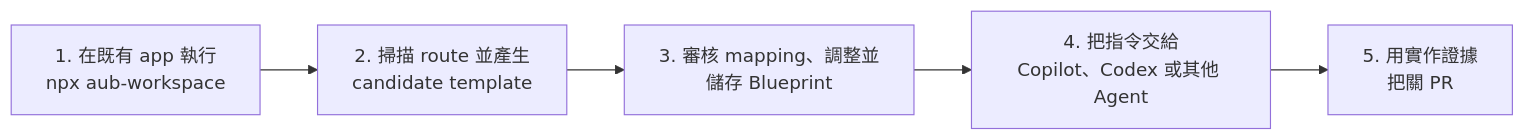
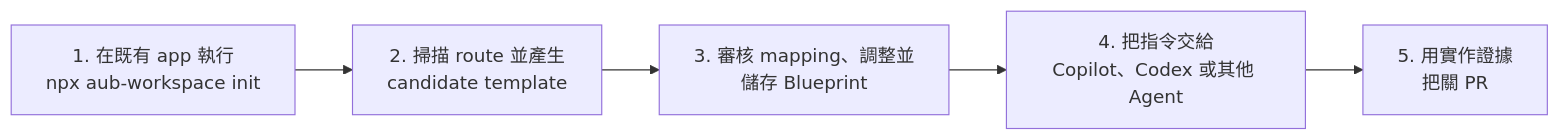
Before and after one commit to HenryLau1103/AUB: the diagram in README.zh-Hant.md, drawn with Mermaid. The commit also changed other lines of this file and 52 other files, not shown here.

````diff
--- a/README.zh-Hant.md
+++ b/README.zh-Hant.md
@@ -28,7 +28,7 @@
 ```mermaid
 flowchart LR
-  A["1. 在既有 app 執行<br/>npx aub-workspace"] --> B["2. 掃描 route 並產生<br/>candidate template"]
+  A["1. 在既有 app 執行<br/>npx aub-workspace init"] --> B["2. 掃描 route 並產生<br/>candidate template"]
   B --> C["3. 審核 mapping、調整並<br/>儲存 Blueprint"]
   C --> D["4. 把指令交給<br/>Copilot、Codex 或其他 Agent"]
   D --> E["5. 用實作證據<br/>把關 PR"]
 ```
````
